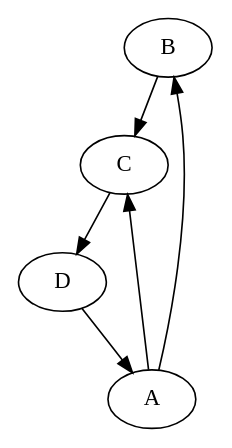
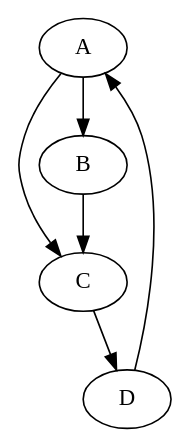
Before and after one commit to HugoBuscemi/Agreg-Projet-Graphes: the diagram in Part2/ex1.dot, drawn with Graphviz. The commit also changed 10 other files, not shown here.

Commit message:
Exemples de graphs orientés

```diff
--- a/Part2/ex1.dot
+++ b/Part2/ex1.dot
@@ -1,1 +1,1 @@
-digraph ex1 {	B -> C;	A -> B;	A -> C;	C -> D;	D -> A;}
+digraph ex1 {	A -> C;	A -> B;	C -> D;	D -> A;	B -> C;}
```
